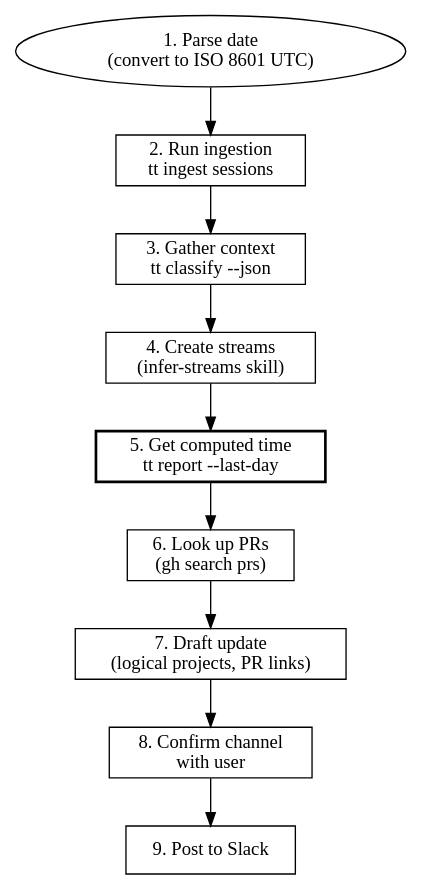
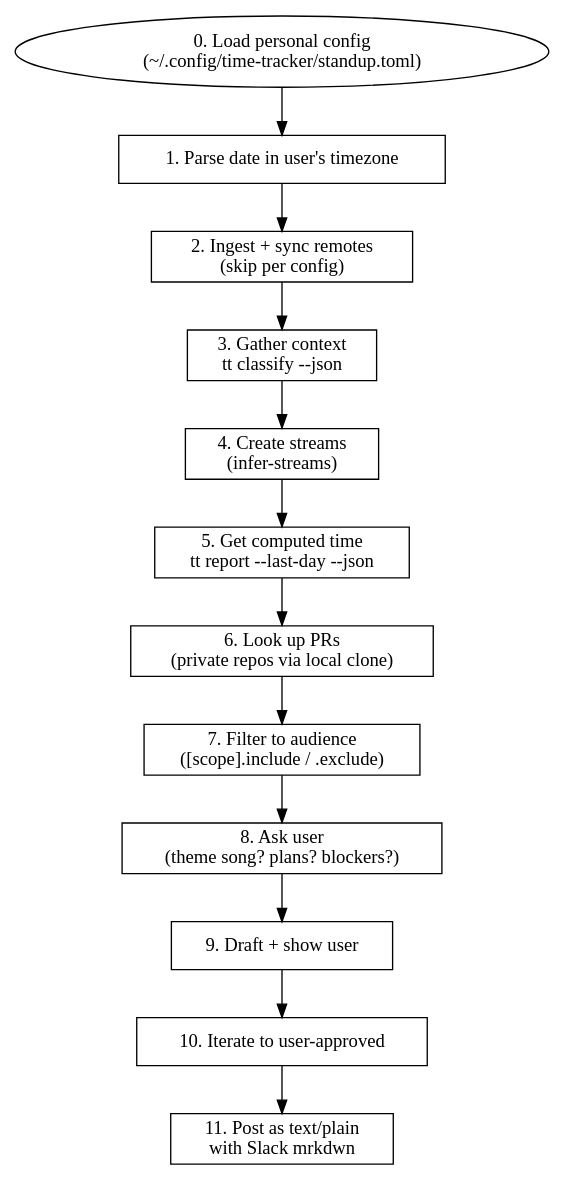
The diagram in .opencode/skills/daily-standup/SKILL.md (sjawhar/time-tracker), drawn with Graphviz before and after one commit. The commit also changed other lines of this file and 3 other files, not shown here.

First line of the commit message:
refactor(skills): genericize tt skills, move user-specifics to ~/.config (#38)

````diff
--- a/.opencode/skills/daily-standup/SKILL.md
+++ b/.opencode/skills/daily-standup/SKILL.md
@@ -19,18 +55,21 @@
 ```dot
 digraph standup {
   rankdir=TB;
   node [shape=box];
 
-  start [label="1. Parse date\n(convert to ISO 8601 UTC)" shape=ellipse];
-  ingest [label="2. Run ingestion\ntt ingest sessions"];
+  cfg [label="0. Load personal config\n(~/.config/time-tracker/standup.toml)" shape=ellipse];
+  start [label="1. Parse date in user's timezone"];
+  ingest [label="2. Ingest + sync remotes\n(skip per config)"];
   gather [label="3. Gather context\ntt classify --json"];
-  analyze [label="4. Create streams\n(infer-streams skill)"];
-  compute [label="5. Get computed time\ntt report --last-day" style=bold];
-  prs [label="6. Look up PRs\n(gh search prs)"];
-  draft [label="7. Draft update\n(logical projects, PR links)"];
-  confirm [label="8. Confirm channel\nwith user"];
-  post [label="9. Post to Slack"];
+  analyze [label="4. Create streams\n(infer-streams)"];
+  compute [label="5. Get computed time\ntt report --last-day --json"];
+  prs [label="6. Look up PRs\n(private repos via local clone)"];
+  filter [label="7. Filter to audience\n([scope].include / .exclude)"];
+  ask [label="8. Ask user\n(theme song? plans? blockers?)"];
+  draft [label="9. Draft + show user"];
+  iterate [label="10. Iterate to user-approved"];
+  post [label="11. Post as text/plain\nwith Slack mrkdwn"];
 
-  start -> ingest -> gather -> analyze -> compute -> prs -> draft -> confirm -> post;
+  cfg -> start -> ingest -> gather -> analyze -> compute -> prs -> filter -> ask -> draft -> iterate -> post;
 }
 ```
````
